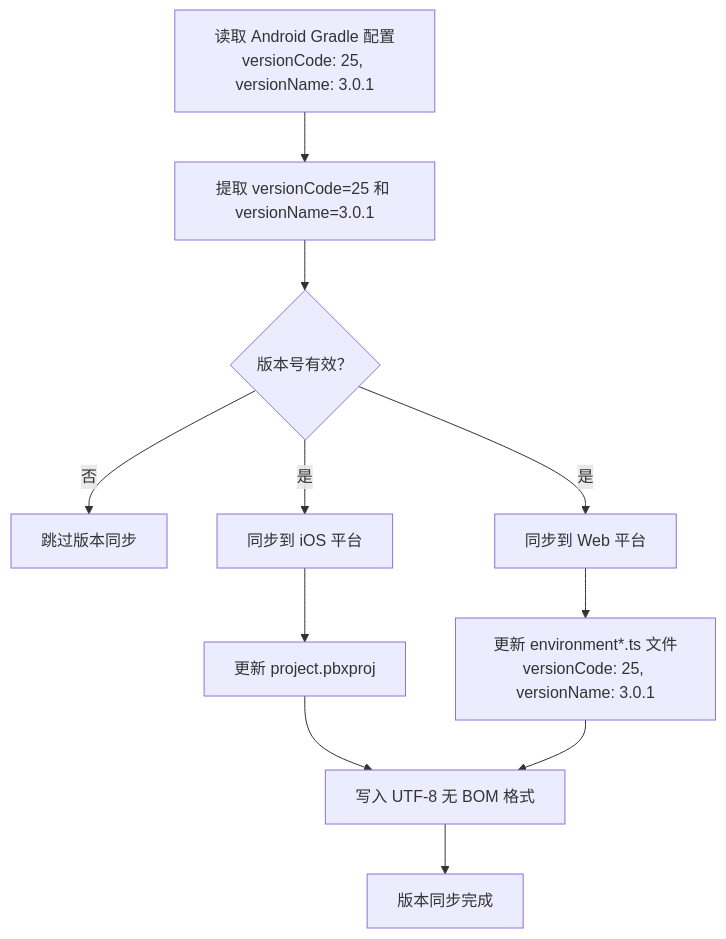
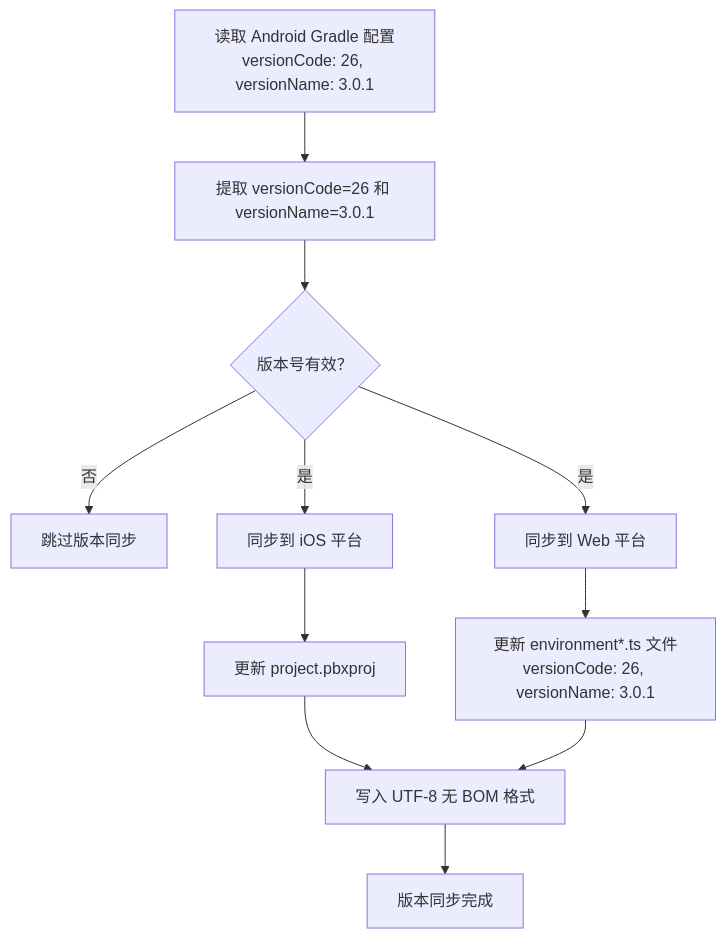
The fourth of 6 diagrams in .qoder/repowiki/zh/content/构建与部署/构建配置.md (tea4go/Macro-Deck-Client-App), drawn with Mermaid before and after one commit. The commit also changed other lines of this file and 50 other files, not shown here.

````diff
--- a/.qoder/repowiki/zh/content/构建与部署/构建配置.md
+++ b/.qoder/repowiki/zh/content/构建与部署/构建配置.md
@@ -721,13 +721,13 @@
 ```mermaid
 flowchart TD
-A["读取 Android Gradle 配置<br/>versionCode: 25, versionName: 3.0.1"] --> B["提取 versionCode=25 和 versionName=3.0.1"]
+A["读取 Android Gradle 配置<br/>versionCode: 26, versionName: 3.0.1"] --> B["提取 versionCode=26 和 versionName=3.0.1"]
 B --> C{"版本号有效？"}
 C --> |否| D["跳过版本同步"]
 C --> |是| E["同步到 iOS 平台"]
 C --> |是| F["同步到 Web 平台"]
 E --> G["更新 project.pbxproj"]
-F --> H["更新 environment*.ts 文件<br/>versionCode: 25, versionName: 3.0.1"]
+F --> H["更新 environment*.ts 文件<br/>versionCode: 26, versionName: 3.0.1"]
 G --> I["写入 UTF-8 无 BOM 格式"]
 H --> I
 I --> J["版本同步完成"]
 ```
````
